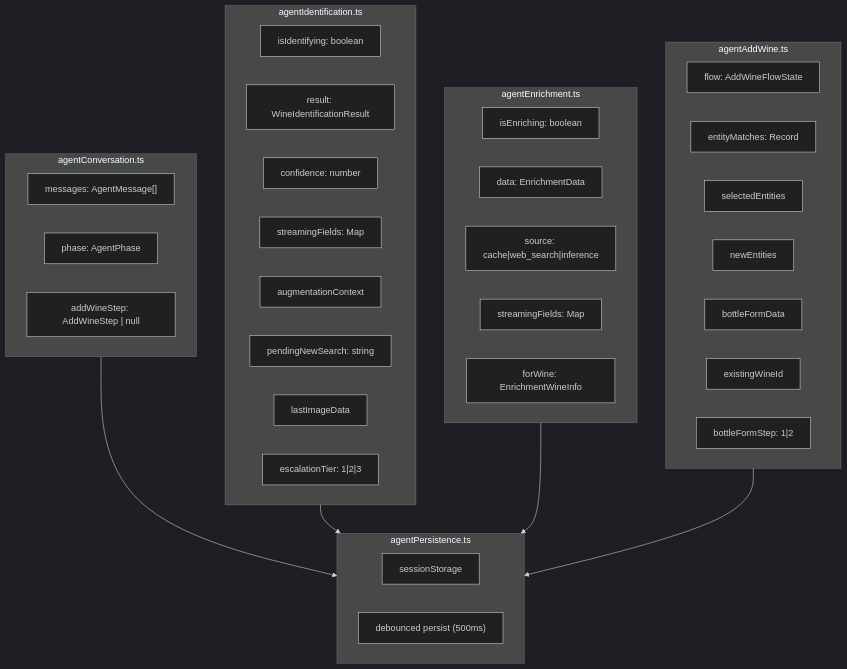
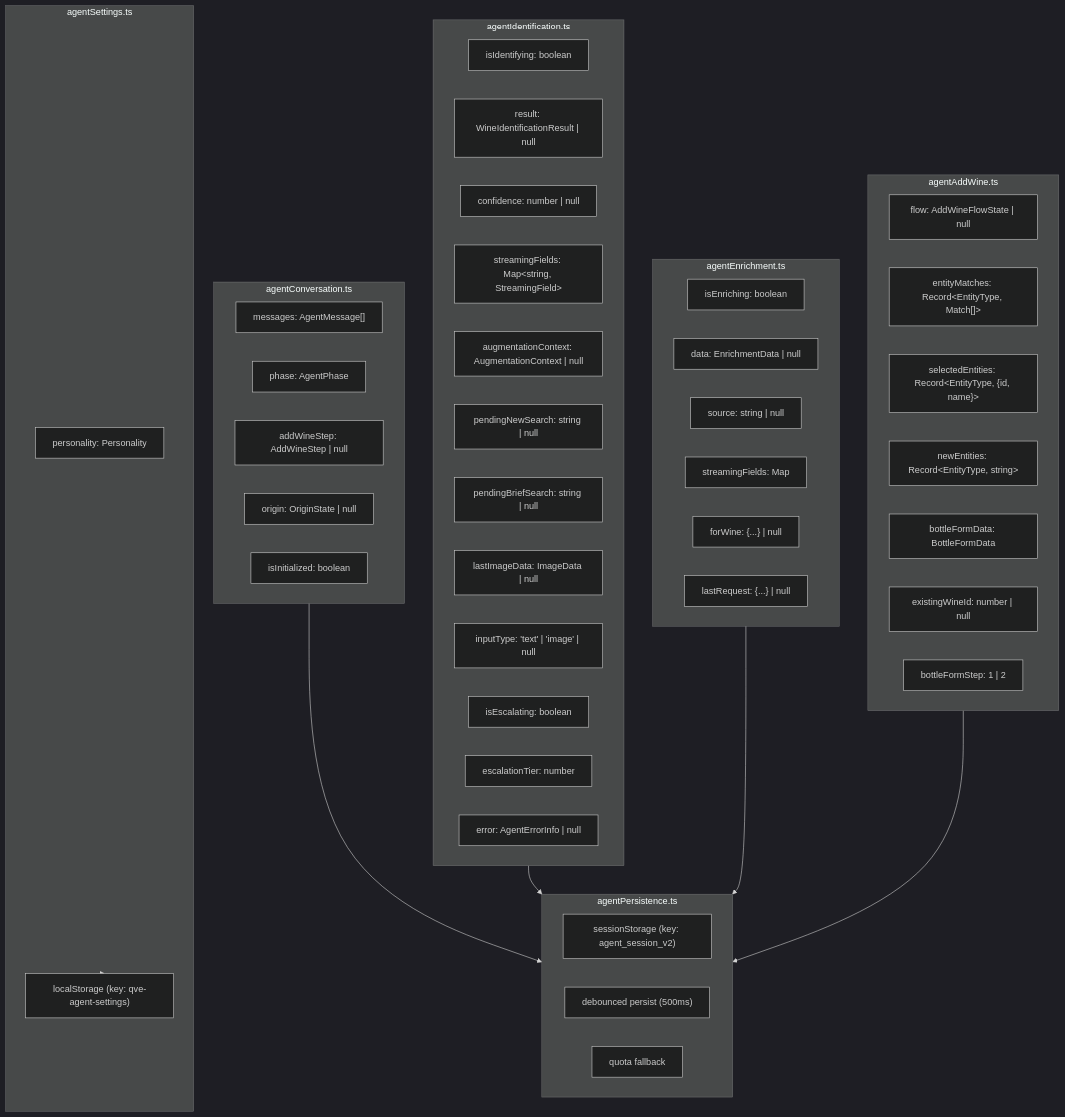
Before and after one commit to philhumber/wineApp: the fourth of 5 diagrams in docs/AGENT_ARCHITECTURE.md, drawn with Mermaid (dark theme). The commit also changed other lines of this file and 14 other files, not shown here.

````diff
--- a/docs/AGENT_ARCHITECTURE.md
+++ b/docs/AGENT_ARCHITECTURE.md
@@ -524,47 +455,61 @@
 ```mermaid
 flowchart TB
     subgraph ConversationStore["agentConversation.ts"]
         Messages["messages: AgentMessage[]"]
         Phase["phase: AgentPhase"]
         AddWineStep["addWineStep: AddWineStep | null"]
+        Origin["origin: OriginState | null"]
+        IsInit["isInitialized: boolean"]
     end
 
     subgraph IdentificationStore["agentIdentification.ts"]
         IsIdentifying["isIdentifying: boolean"]
-        Result["result: WineIdentificationResult"]
-        Confidence["confidence: number"]
-        StreamingFields["streamingFields: Map"]
-        AugContext["augmentationContext"]
-        PendingSearch["pendingNewSearch: string"]
-        LastImage["lastImageData"]
-        EscalationTier["escalationTier: 1|2|3"]
+        Result["result: WineIdentificationResult | null"]
+        Confidence["confidence: number | null"]
+        StreamingFields["streamingFields: Map&lt;string, StreamingField&gt;"]
+        AugContext["augmentationContext: AugmentationContext | null"]
+        PendingSearch["pendingNewSearch: string | null"]
+        PendingBrief["pendingBriefSearch: string | null"]
+        LastImage["lastImageData: ImageData | null"]
+        InputType["inputType: 'text' | 'image' | null"]
+        IsEscalating["isEscalating: boolean"]
+        EscalationTier["escalationTier: number"]
+        Error["error: AgentErrorInfo | null"]
     end
 
     subgraph EnrichmentStore["agentEnrichment.ts"]
         IsEnriching["isEnriching: boolean"]
-        EnrichData["data: EnrichmentData"]
-        EnrichSource["source: cache|web_search|inference"]
+        EnrichData["data: EnrichmentData | null"]
+        EnrichSource["source: string | null"]
         EnrichStreaming["streamingFields: Map"]
-        ForWine["forWine: EnrichmentWineInfo"]
+        ForWine["forWine: {...} | null"]
+        LastRequest["lastRequest: {...} | null"]
     end
 
     subgraph AddWineStore["agentAddWine.ts"]
-        Flow["flow: AddWineFlowState"]
-        EntityMatches["entityMatches: Record<EntityType, Match[]>"]
-        SelectedEntities["selectedEntities"]
-        NewEntities["newEntities"]
-        BottleForm["bottleFormData"]
-        ExistingWine["existingWineId"]
-        BottleFormStep["bottleFormStep: 1|2"]
+        Flow["flow: AddWineFlowState | null"]
+        EntityMatches["entityMatches: Record&lt;EntityType, Match[]&gt;"]
+        SelectedEntities["selectedEntities: Record&lt;EntityType, {id, name}&gt;"]
+        NewEntities["newEntities: Record&lt;EntityType, string&gt;"]
+        BottleForm["bottleFormData: BottleFormData"]
+        ExistingWine["existingWineId: number | null"]
+        BottleFormStep["bottleFormStep: 1 | 2"]
     end
 
     subgraph PersistenceStore["agentPersistence.ts"]
-        SessionStorage["sessionStorage"]
+        SessionStorage["sessionStorage (key: agent_session_v2)"]
         Debounce["debounced persist (500ms)"]
+        QuotaHandling["quota fallback"]
+    end
+
+    subgraph SettingsStore["agentSettings.ts"]
+        PersonalitySetting["personality: Personality"]
+        LocalStorage["localStorage (key: qve-agent-settings)"]
     end
 
     ConversationStore --> PersistenceStore
     IdentificationStore --> PersistenceStore
     EnrichmentStore --> PersistenceStore
     AddWineStore --> PersistenceStore
+    SettingsStore --> LocalStorage
 ```
````
